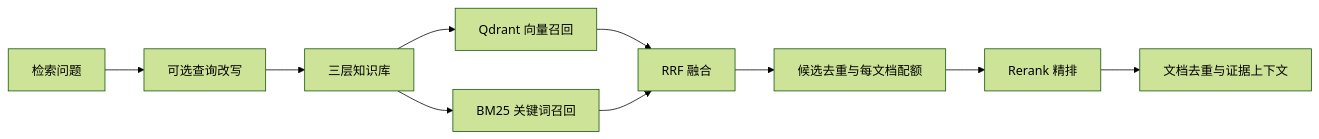
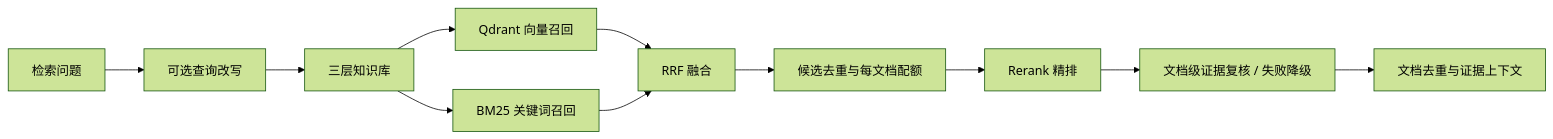
The third of 3 diagrams in README.md (yskkkk3/Contract_Review), drawn with Mermaid (forest theme) before and after one commit. The commit also changed other lines of this file, not shown here.

````diff
--- a/README.md
+++ b/README.md
@@ -79,12 +79,13 @@
 ```mermaid
 flowchart LR
     A["检索问题"] --> B["可选查询改写"]
     B --> C["三层知识库"]
     C --> D["Qdrant 向量召回"]
     C --> E["BM25 关键词召回"]
     D --> F["RRF 融合"]
     E --> F
     F --> G["候选去重与每文档配额"]
     G --> H["Rerank 精排"]
-    H --> I["文档去重与证据上下文"]
+    H --> J["文档级证据复核 / 失败降级"]
+    J --> I["文档去重与证据上下文"]
 ```
````
